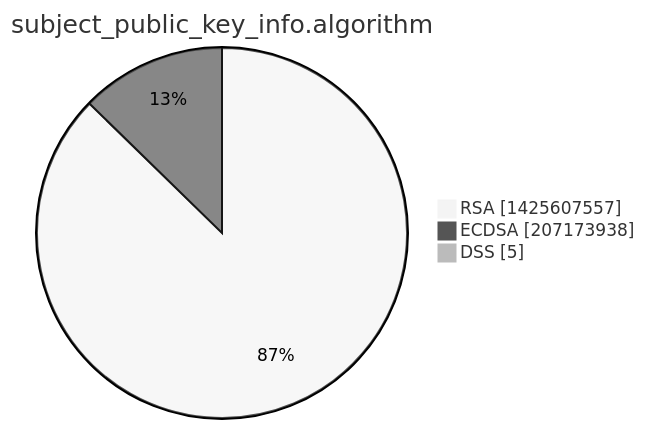
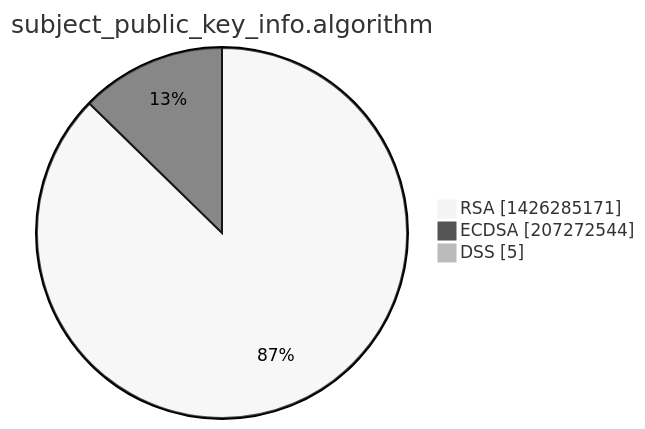
The third of 15 diagrams in xenon2022/README.md (christiankrug/ctmonitor_visualization), drawn with Mermaid (neutral theme) before and after one commit. The commit also changed other lines of this file, not shown here.

````diff
--- a/xenon2022/README.md
+++ b/xenon2022/README.md
@@ -14,7 +14,7 @@
 ```mermaid
 pie showData
 title subject_public_key_info.algorithm
-"RSA" :1425607557
-"ECDSA" :207173938
+"RSA" :1426285171
+"ECDSA" :207272544
 "DSS" :5
 ```
````
